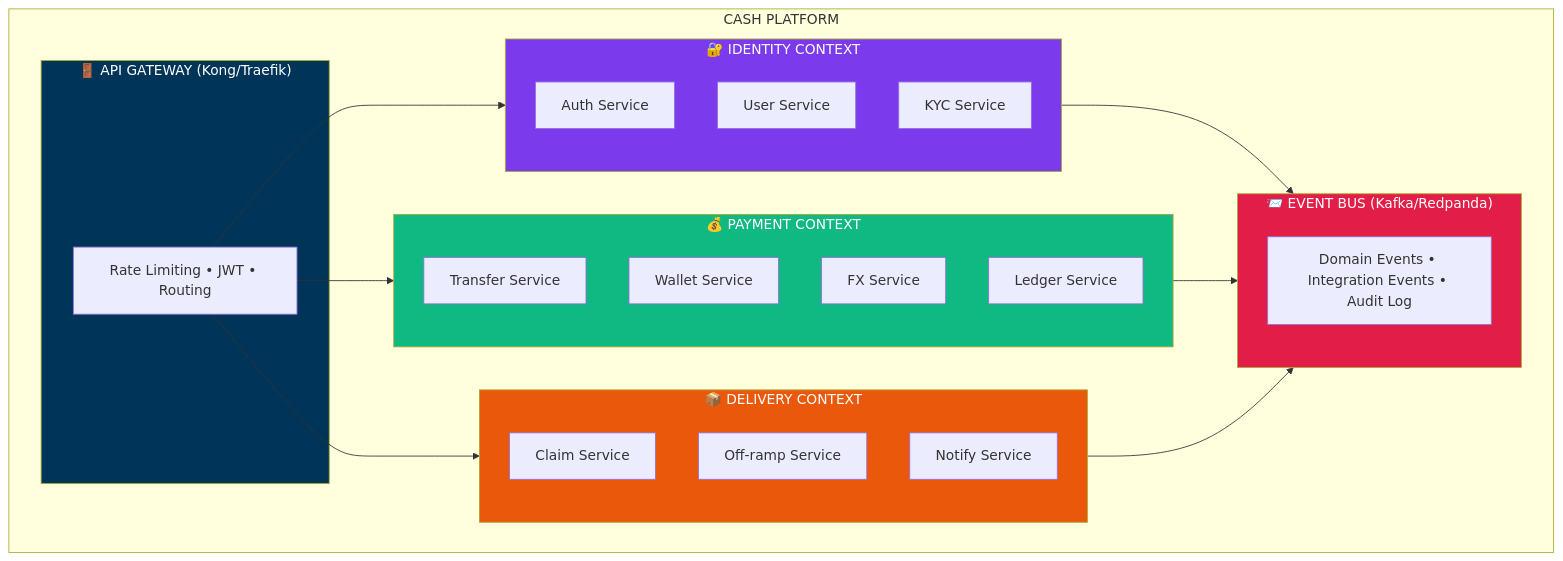
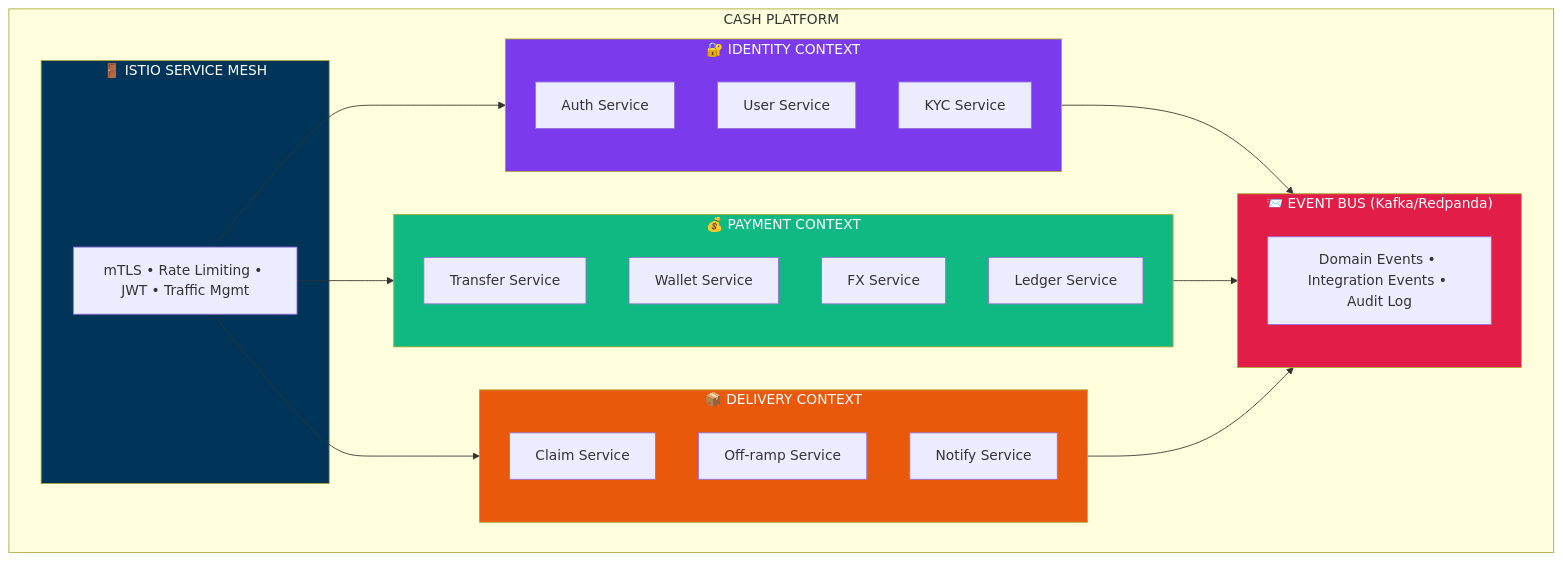
The first of 18 diagrams in docs/NFR.md (ping-cash/ping-cash), drawn with Mermaid before and after one commit. The commit also changed other lines of this file and 4 other files, not shown here.

First line of the commit message:
docs: add business model, cash flow docs and update to Istio

````diff
--- a/docs/NFR.md
+++ b/docs/NFR.md
@@ -70,40 +70,40 @@
 ```mermaid
 flowchart TB
     subgraph Platform["CASH PLATFORM"]
-        subgraph Gateway["🚪 API GATEWAY (Kong/Traefik)"]
-            GW[Rate Limiting • JWT • Routing]
+        subgraph Gateway["🚪 ISTIO SERVICE MESH"]
+            GW[mTLS • Rate Limiting • JWT • Traffic Mgmt]
         end
 
         subgraph Identity["🔐 IDENTITY CONTEXT"]
             Auth[Auth Service]
             User[User Service]
             KYC[KYC Service]
         end
 
         subgraph Payment["💰 PAYMENT CONTEXT"]
             Transfer[Transfer Service]
             Wallet[Wallet Service]
             FX[FX Service]
             Ledger[Ledger Service]
         end
 
         subgraph Delivery["📦 DELIVERY CONTEXT"]
             Claim[Claim Service]
             Offramp[Off-ramp Service]
             Notify[Notify Service]
         end
 
         subgraph EventBus["📨 EVENT BUS (Kafka/Redpanda)"]
             Events[Domain Events • Integration Events • Audit Log]
         end
 
         GW --> Identity & Payment & Delivery
         Identity & Payment & Delivery --> EventBus
     end
 
     style Gateway fill:#003459,color:#fff
     style Identity fill:#7c3aed,color:#fff
     style Payment fill:#10b981,color:#fff
     style Delivery fill:#ea580c,color:#fff
     style EventBus fill:#e11d48,color:#fff
 ```
````
